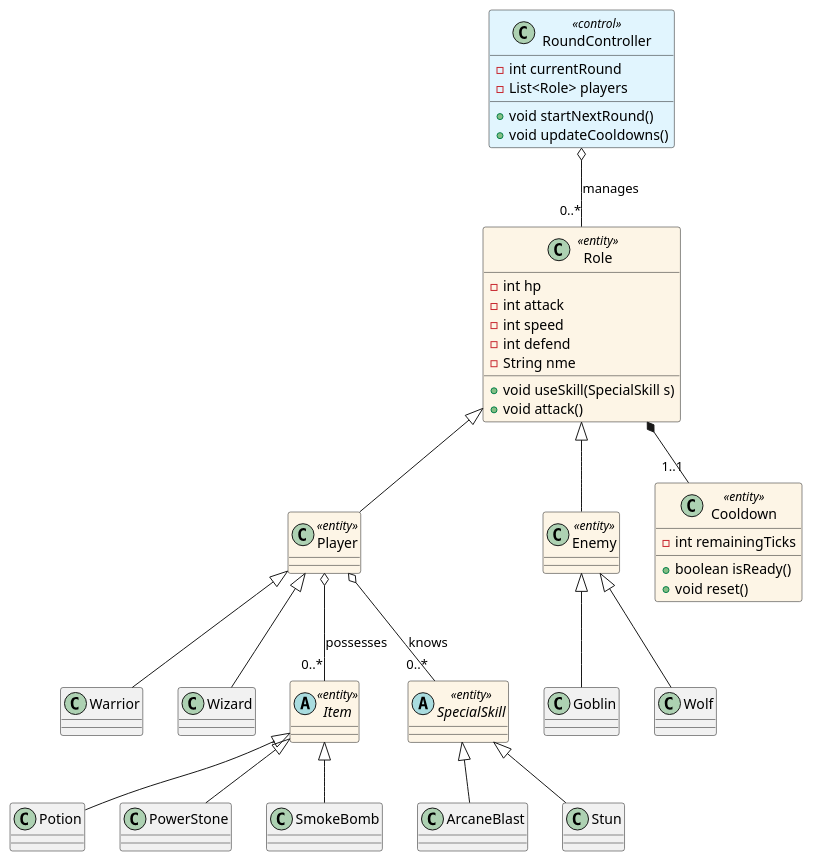
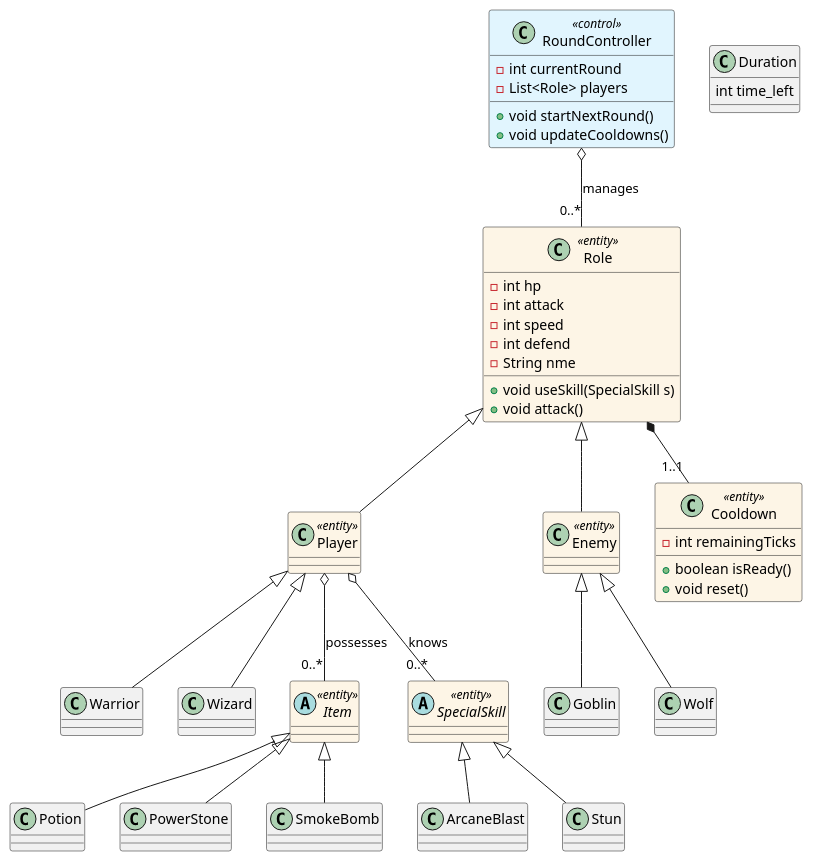
Before and after one commit to mcvenchua/sc2002_assignment: the diagram in start.puml, drawn with PlantUML. The commit also changed 5 other files, not shown here.

```diff
--- a/start.puml
+++ b/start.puml
@@ -1,80 +1,82 @@
 @startuml
 
 ' ==========================================
 ' Stereotype Styling
 ' ==========================================
 skinparam class {
     BackgroundColor<<Entity>> #FDF5E6
     BackgroundColor<<Control>> #E1F5FE
 }
 
 ' ==========================================
 ' 1. Entity Layer
 ' ==========================================
 
 class Role <<entity>> {
     - int hp
     - int attack
     - int speed
     - int defend
     - String nme
     + void useSkill(SpecialSkill s)
     + void attack()
 }
 
 class Player <<entity>>
 class Enemy <<entity>>
 
 ' Inheritances (Fixed Arrow Direction)
 Role <|-- Player
 Role <|-- Enemy
 
 ' Player Subclasses
 Player <|-- Warrior
 Player <|-- Wizard
 
 ' Enemy Subclasses
 Enemy <|-- Goblin
 Enemy <|-- Wolf
 
 ' Items
 abstract class Item <<entity>>
 Item <|-- Potion
 Item <|-- PowerStone
 Item <|-- SmokeBomb
 
 ' Skills
 abstract class SpecialSkill <<entity>>
 SpecialSkill <|-- ArcaneBlast
 SpecialSkill <|-- Stun
-
 class Cooldown <<entity>> {
     - int remainingTicks
     + boolean isReady()
     + void reset()
 }
 
 ' ==========================================
 ' 2. Control Layer
 ' ==========================================
 
 class RoundController <<control>> {
     - int currentRound
     - List<Role> players
     + void startNextRound()
     + void updateCooldowns()
 }
 
 ' ==========================================
 ' 3. Relationships (Cardinality)
 ' ==========================================
 
 ' Aggregations
 Player o-- "0..*" Item : "possesses"
 Player o-- "0..*" SpecialSkill : "knows"
 RoundController o-- "0..*" Role : "manages"
 
 ' Composition: Every Role has exactly 1 Cooldown
 Role *-- "1..1" Cooldown
+class Duration{
+    int time_left
+}
 
 @enduml
```
